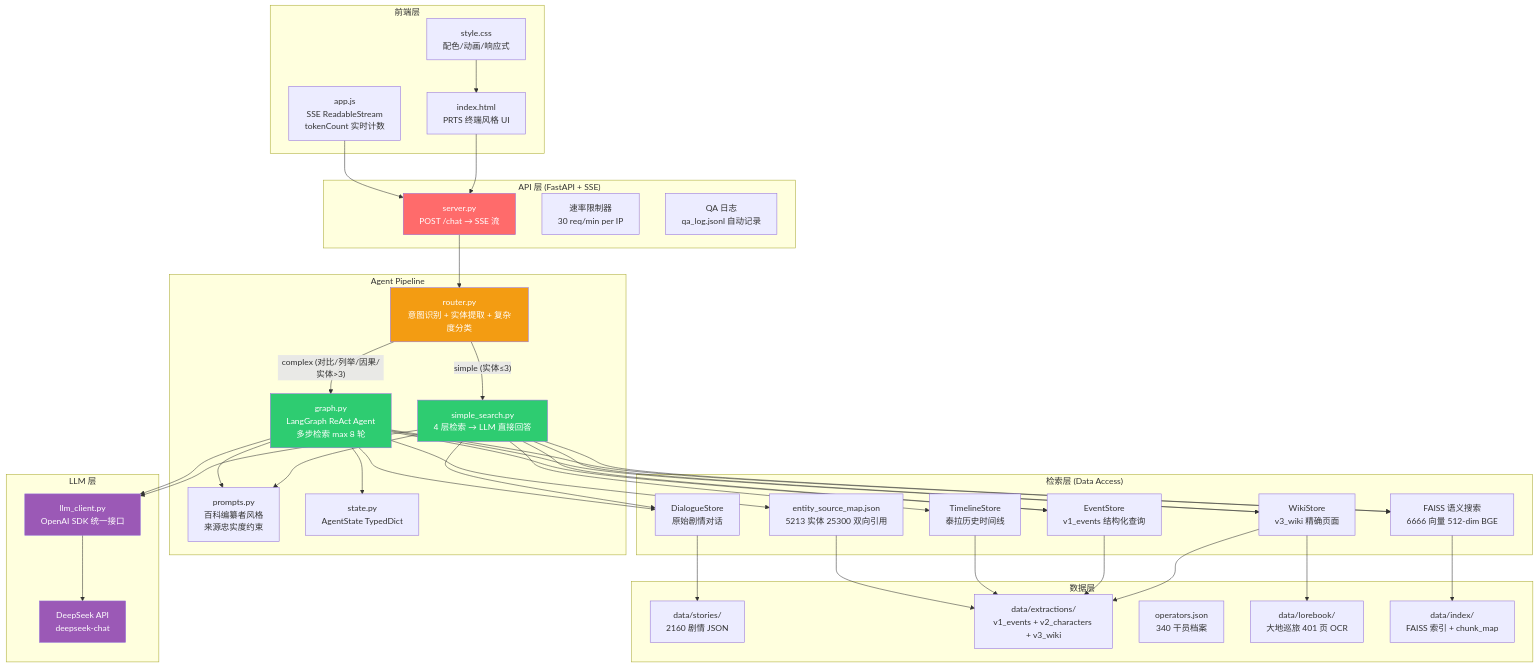
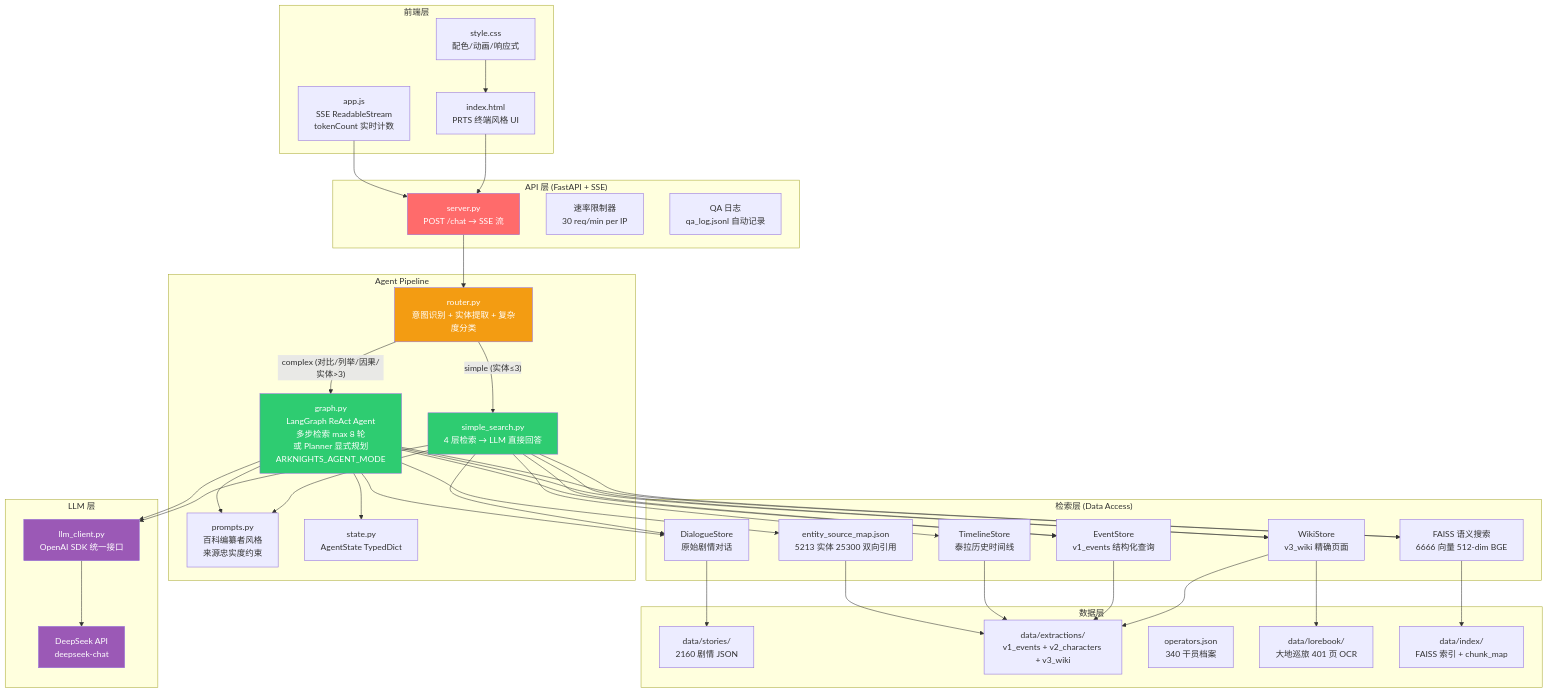
Before and after one commit to SilhouetteQA/Arknights-LLM-wiki: the second of 5 diagrams in docs/diagrams/architecture.md, drawn with Mermaid. The commit also changed other lines of this file and 4 other files, not shown here.

First line of the commit message:
chore: W10 - 架构图更新(W1-W4) + 排除本地记忆/内部评估文档出远程

```diff
--- a/docs/diagrams/architecture.md
+++ b/docs/diagrams/architecture.md
@@ -57,7 +57,7 @@
     subgraph "Agent Pipeline"
         Router[router.py<br/>意图识别 + 实体提取 + 复杂度分类]
         Simple[simple_search.py<br/>4 层检索 → LLM 直接回答]
-        Complex[graph.py<br/>LangGraph ReAct Agent<br/>多步检索 max 8 轮]
+        Complex[graph.py<br/>LangGraph ReAct Agent<br/>多步检索 max 8 轮<br/>或 Planner 显式规划<br/>ARKNIGHTS_AGENT_MODE]
         Prompts[prompts.py<br/>百科编纂者风格<br/>来源忠实度约束]
         State[state.py<br/>AgentState TypedDict]
     end
```
